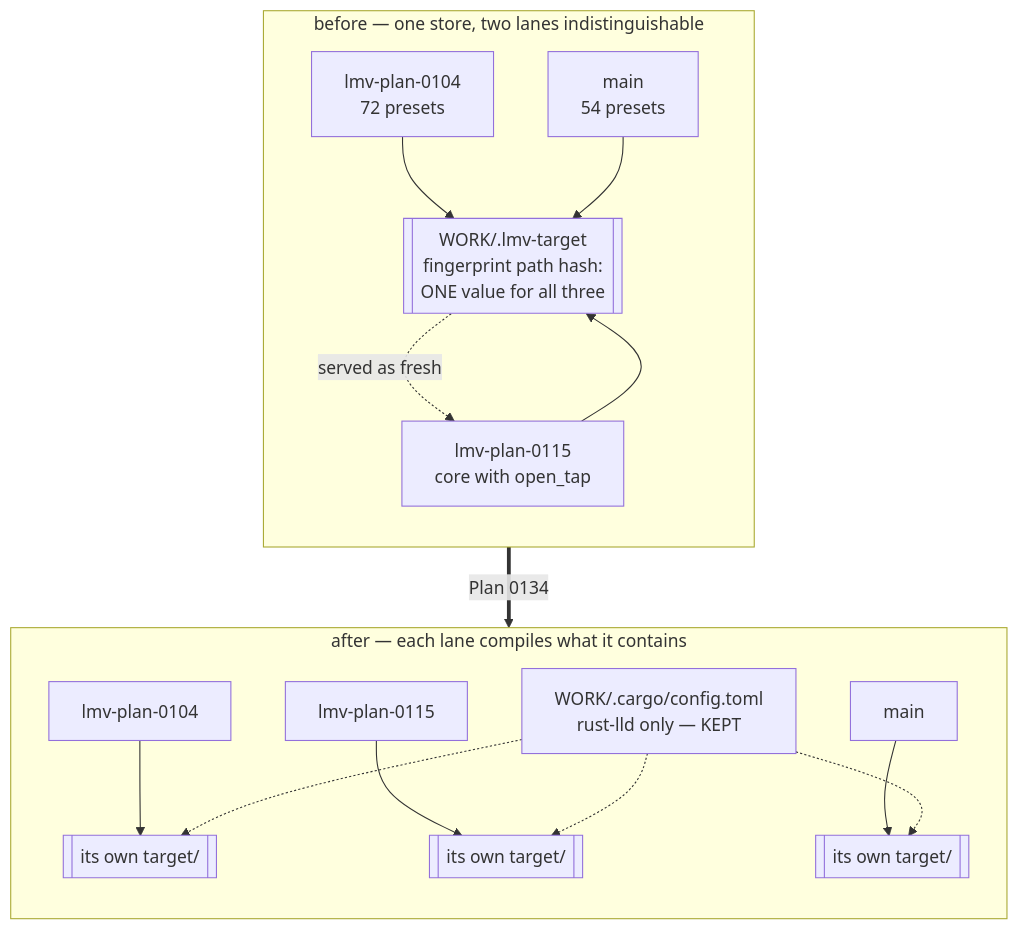
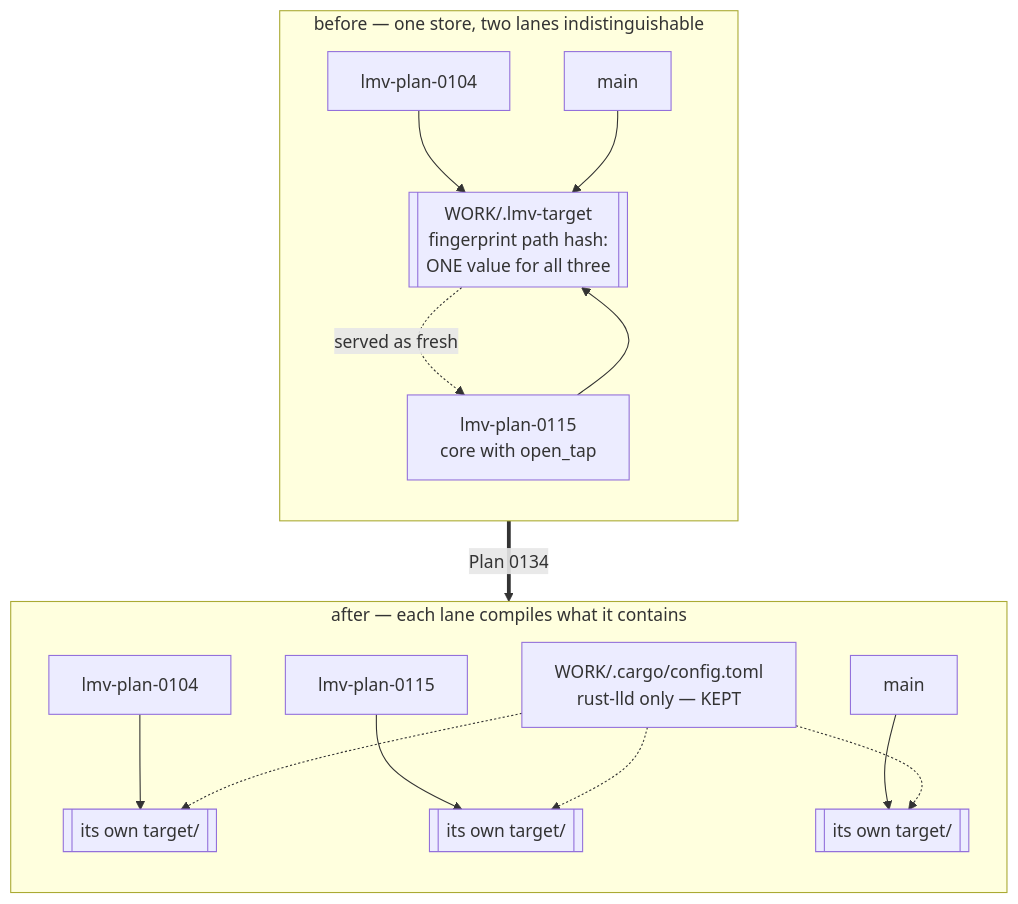
One commit to IgorKonovalov/Ritmolux changed the diagram in docs/plans/0134-the-lanes-stop-sharing-a-store.md. Above: the diagram before and after it, drawn with Mermaid. The commit also changed other lines of this file and 1 other file, not shown here.

````diff
--- a/docs/plans/0134-the-lanes-stop-sharing-a-store.md
+++ b/docs/plans/0134-the-lanes-stop-sharing-a-store.md
@@ -59,27 +61,27 @@
 ```mermaid
 flowchart TB
     subgraph before["before — one store, two lanes indistinguishable"]
         direction TB
-        b104["lmv-plan-0104<br/>72 presets"]
+        b104["lmv-plan-0104"]
         b115["lmv-plan-0115<br/>core with open_tap"]
-        bmain["main<br/>54 presets"]
+        bmain["main"]
         bstore[["WORK/.lmv-target<br/>fingerprint path hash:<br/>ONE value for all three"]]
         b104 --> bstore
         b115 --> bstore
         bmain --> bstore
         bstore -.->|"served as fresh"| b115
     end
 
     subgraph after["after — each lane compiles what it contains"]
         direction TB
         a104["lmv-plan-0104"] --> t104[["its own target/"]]
         a115["lmv-plan-0115"] --> t115[["its own target/"]]
         amain["main"] --> tmain[["its own target/"]]
         lld["WORK/.cargo/config.toml<br/>rust-lld only — KEPT"]
         lld -.-> t104
         lld -.-> t115
         lld -.-> tmain
     end
 
     before ==>|"Plan 0134"| after
 ```
````
